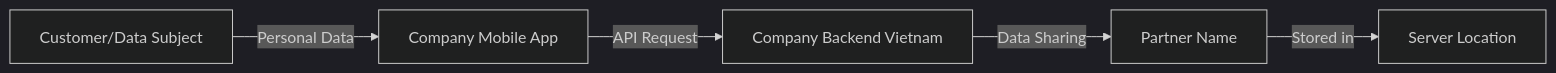
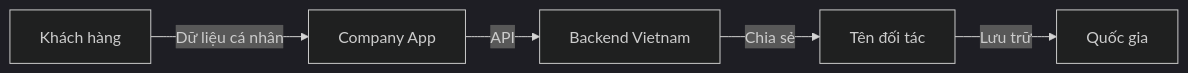
The diagram in data-privacy-intake-agent/backend/prompts/system_prompt.md (baofrovn/dpo-agent-demo), drawn with Mermaid (dark theme) before and after one commit. The commit also changed other lines of this file and 65 other files, not shown here.

````diff
--- a/data-privacy-intake-agent/backend/prompts/system_prompt.md
+++ b/data-privacy-intake-agent/backend/prompts/system_prompt.md
@@ -203,7 +217,7 @@
 ```mermaid
 flowchart LR
-    Customer[Customer/Data Subject] -->|Personal Data| App[Company Mobile App]
-    App -->|API Request| Backend[Company Backend Vietnam]
-    Backend -->|Data Sharing| Partner[Partner Name]
-    Partner -->|Stored in| Server[Server Location]
+    Customer[Khách hàng] -->|Dữ liệu cá nhân| App[Company App]
+    App -->|API| Backend[Backend Vietnam]
+    Backend -->|Chia sẻ| Partner[Tên đối tác]
+    Partner -->|Lưu trữ| Server[Quốc gia]
 ```
````
